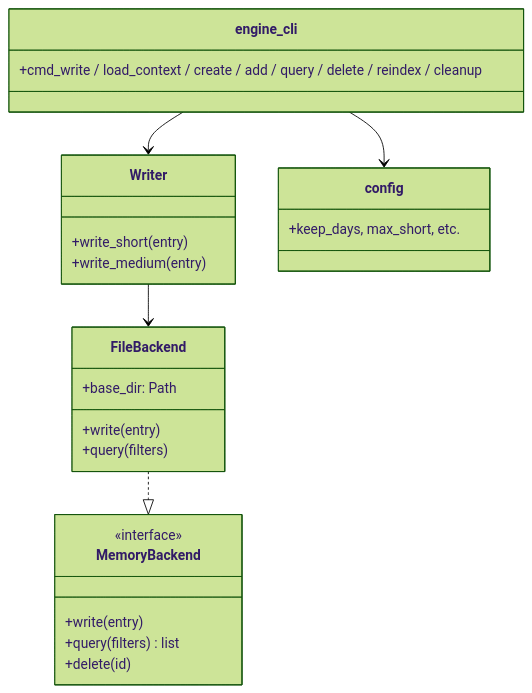
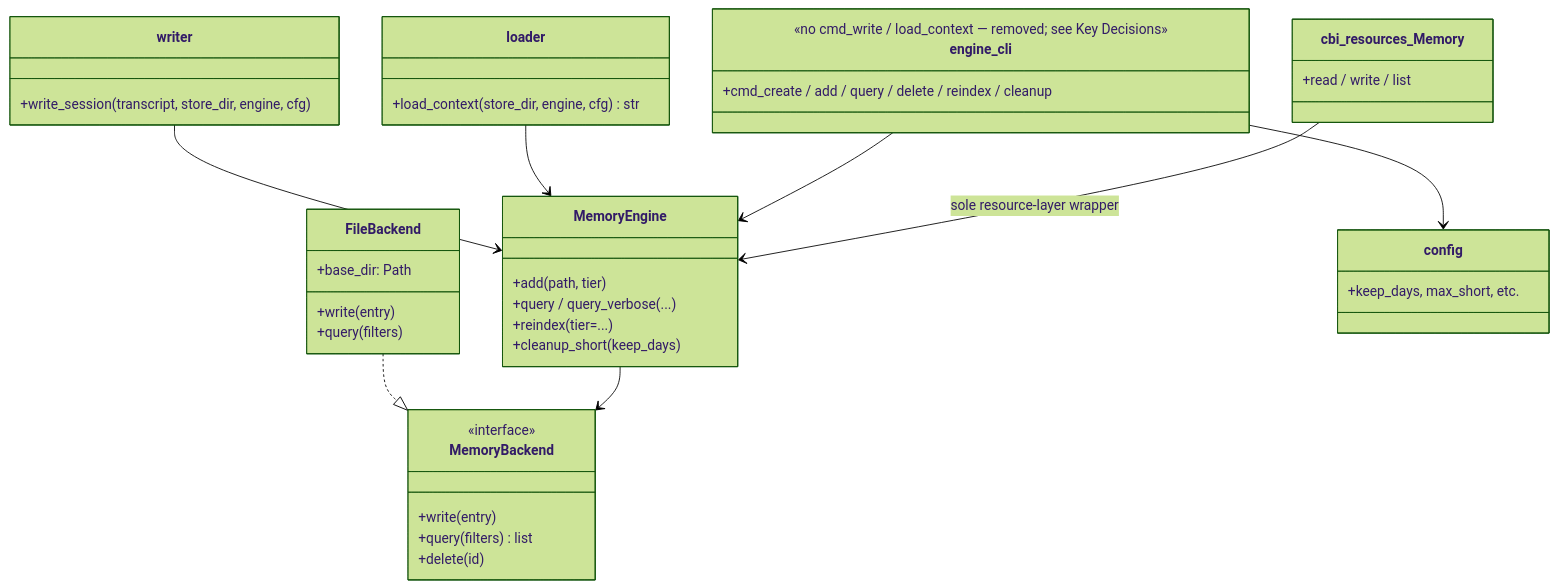
Before and after one commit to nan023062/agent-team-cc: the diagram in v1/src/kernel/cbim_kernel/memory/.dna/module.md, drawn with Mermaid (forest theme). The commit also changed other lines of this file and 5 other files, not shown here.

````diff
--- a/v1/src/kernel/cbim_kernel/memory/.dna/module.md
+++ b/v1/src/kernel/cbim_kernel/memory/.dna/module.md
@@ -14,28 +15,43 @@
 ```mermaid
 classDiagram
     class MemoryBackend {
         <<interface>>
         +write(entry)
         +query(filters) list
         +delete(id)
     }
     class FileBackend {
         +base_dir: Path
         +write(entry)
         +query(filters)
     }
-    class Writer {
-        +write_short(entry)
-        +write_medium(entry)
+    class MemoryEngine {
+        +add(path, tier)
+        +query / query_verbose(...)
+        +reindex(tier=...)
+        +cleanup_short(keep_days)
+    }
+    class writer {
+        +write_session(transcript, store_dir, engine, cfg)
+    }
+    class loader {
+        +load_context(store_dir, engine, cfg) str
     }
     class config {
         +keep_days, max_short, etc.
     }
     class engine_cli {
-        +cmd_write / load_context / create / add / query / delete / reindex / cleanup
+        +cmd_create / add / query / delete / reindex / cleanup
+        <<no cmd_write / load_context — removed; see Key Decisions>>
+    }
+    class cbi_resources_Memory {
+        +read / write / list
     }
     FileBackend ..|> MemoryBackend
-    Writer --> FileBackend
-    engine_cli --> Writer
+    MemoryEngine --> MemoryBackend
+    writer --> MemoryEngine
+    loader --> MemoryEngine
+    engine_cli --> MemoryEngine
     engine_cli --> config
+    cbi_resources_Memory --> MemoryEngine : sole resource-layer wrapper
 ```
````
